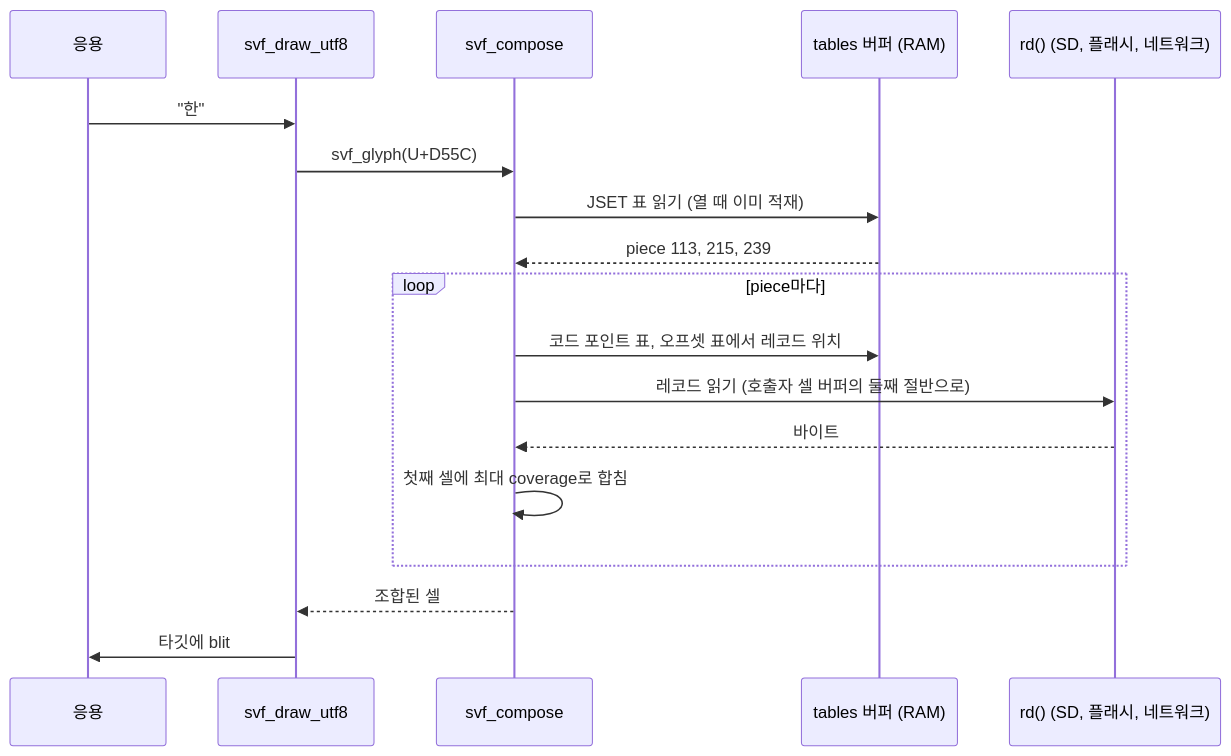
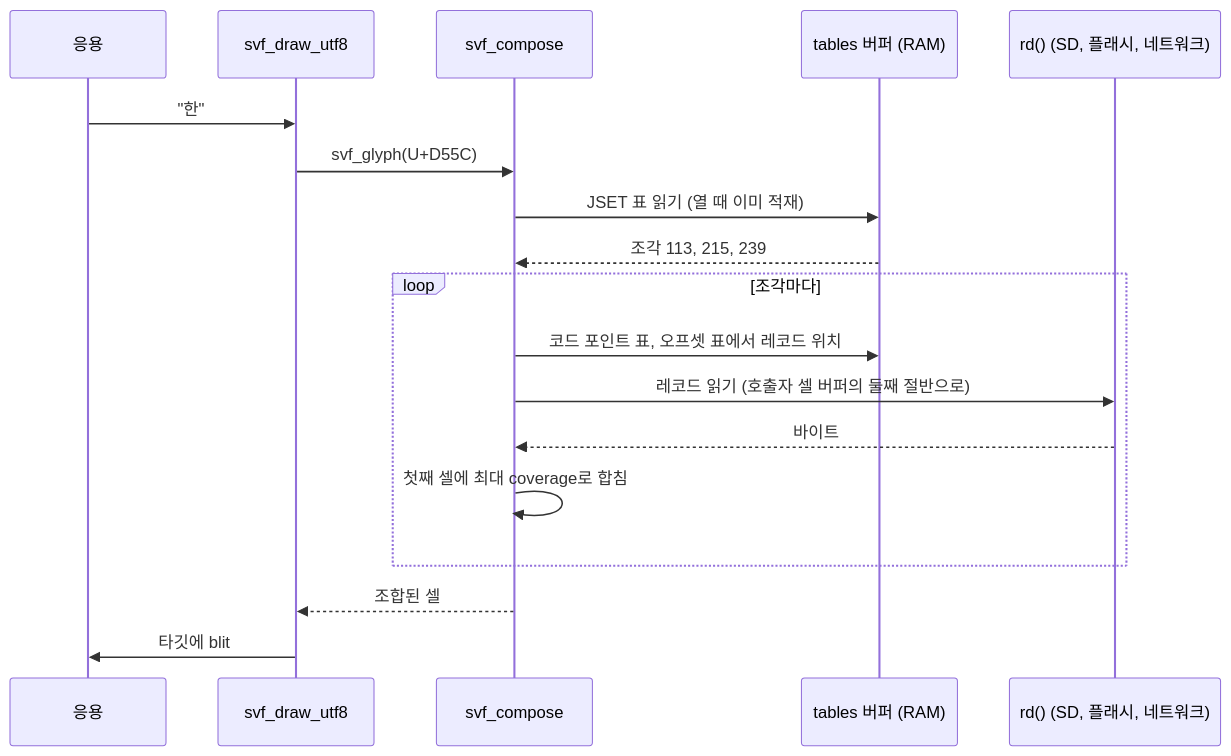
Diagram 26 of 27 in docs/jamo-sets.ko.md (TaehyunKimLL/svf-fonts-open), drawn with Mermaid before and after one commit. The commit also changed other lines of this file and 3 other files, not shown here.

````diff
--- a/docs/jamo-sets.ko.md
+++ b/docs/jamo-sets.ko.md
@@ -1188,20 +1195,20 @@
 ```mermaid
 sequenceDiagram
   participant App as 응용
   participant D as svf_draw_utf8
   participant J as svf_compose
   participant T as tables 버퍼 (RAM)
   participant Rd as rd() (SD, 플래시, 네트워크)
   App->>D: "한"
   D->>J: svf_glyph(U+D55C)
   J->>T: JSET 표 읽기 (열 때 이미 적재)
-  T-->>J: piece 113, 215, 239
-  loop piece마다
+  T-->>J: 조각 113, 215, 239
+  loop 조각마다
     J->>T: 코드 포인트 표, 오프셋 표에서 레코드 위치
     J->>Rd: 레코드 읽기 (호출자 셀 버퍼의 둘째 절반으로)
     Rd-->>J: 바이트
     J->>J: 첫째 셀에 최대 coverage로 합침
   end
   J-->>D: 조합된 셀
   D->>App: 타깃에 blit
 ```
````
